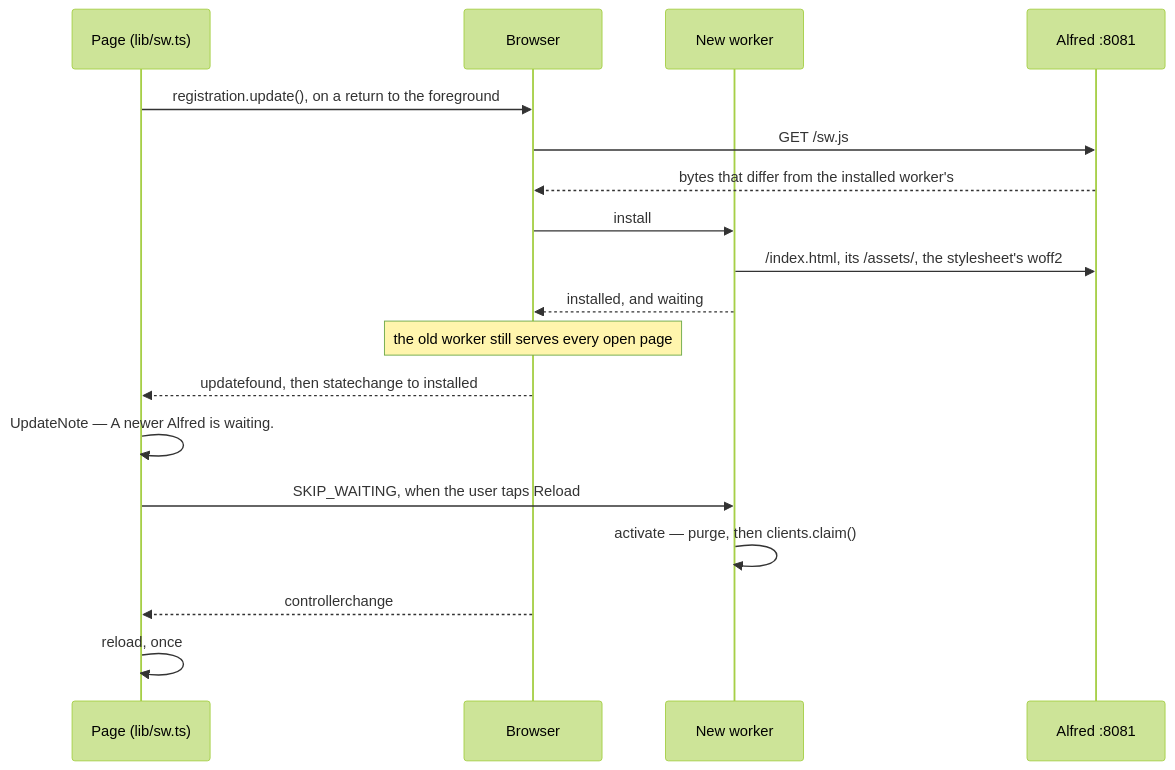
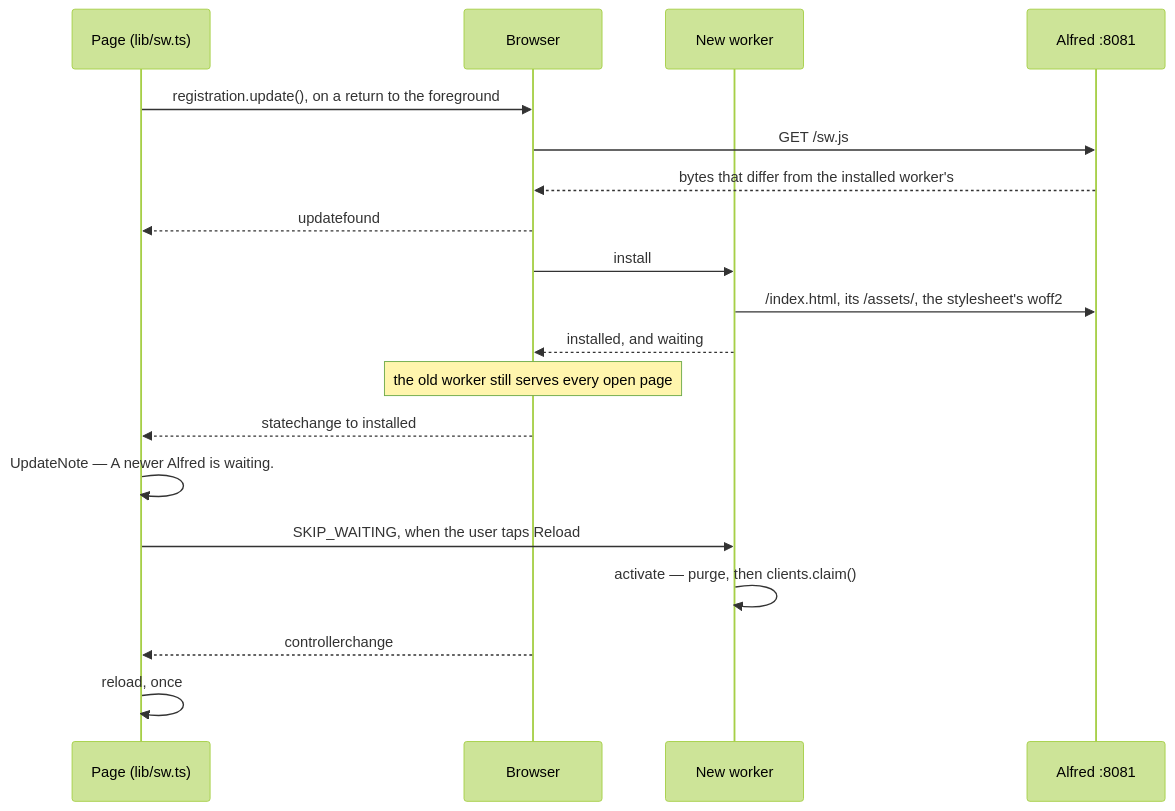
The third of 3 diagrams in docs/web-frontend.md (anirudhlath/alfred), drawn with Mermaid (forest theme) before and after one commit. The commit also changed other lines of this file and 3 other files, not shown here.

````diff
--- a/docs/web-frontend.md
+++ b/docs/web-frontend.md
@@ -1324,20 +1328,21 @@
 ```mermaid
 sequenceDiagram
     participant P as Page (lib/sw.ts)
     participant B as Browser
     participant N as New worker
     participant S as Alfred :8081
     P->>B: registration.update(), on a return to the foreground
     B->>S: GET /sw.js
     S-->>B: bytes that differ from the installed worker's
+    B-->>P: updatefound
     B->>N: install
     N->>S: /index.html, its /assets/, the stylesheet's woff2
     N-->>B: installed, and waiting
     Note over B: the old worker still serves every open page
-    B-->>P: updatefound, then statechange to installed
+    B-->>P: statechange to installed
     P->>P: UpdateNote — A newer Alfred is waiting.
     P->>N: SKIP_WAITING, when the user taps Reload
     N->>N: activate — purge, then clients.claim()
     B-->>P: controllerchange
     P->>P: reload, once
 ```
````
